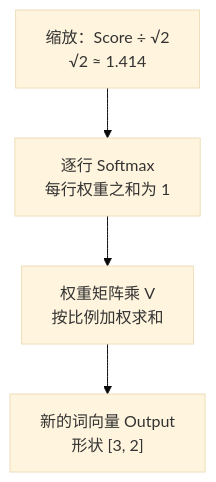
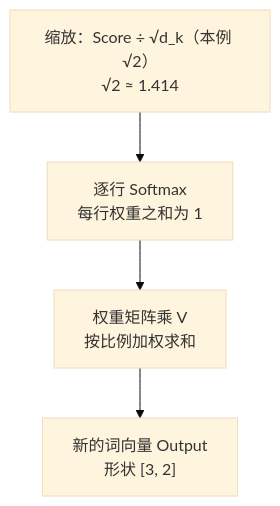
Before and after one commit to cluster1900/zero2llm: the second of 2 diagrams in chapters/03_qkv_self_attention.md, drawn with Mermaid (base theme). The commit also changed 18 other files, not shown here.

````diff
--- a/chapters/03_qkv_self_attention.md
+++ b/chapters/03_qkv_self_attention.md
@@ -34,8 +34,8 @@
 ```mermaid
 flowchart TD
     accTitle: 注意力下半程：按比例收集信息
     accDescr: 分数除以根号 2，每行经 Softmax 得到权重，再与 V 相乘得到 3 乘 2 的输出。
-    A["缩放：Score ÷ √2<br/>√2 ≈ 1.414"] --> B["逐行 Softmax<br/>每行权重之和为 1"]
+    A["缩放：Score ÷ √d_k（本例 √2）<br/>√2 ≈ 1.414"] --> B["逐行 Softmax<br/>每行权重之和为 1"]
     B --> C["权重矩阵乘 V<br/>按比例加权求和"]
     C --> D["新的词向量 Output<br/>形状 [3, 2]"]
 ```
````
